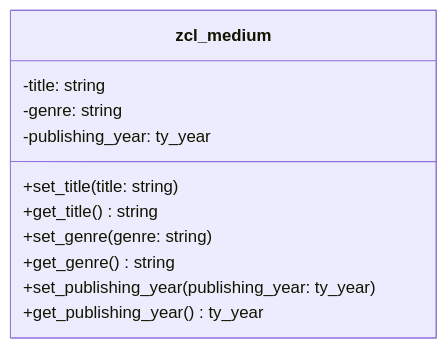
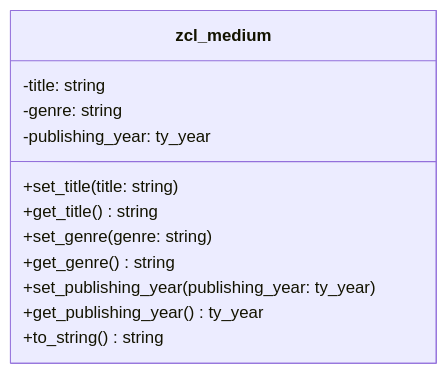
The diagram in docs/exercises/abap-objects/abap-objects-01.md (appenmaier/s4hana), drawn with Mermaid before and after one commit. The commit also changed other lines of this file, not shown here.

````diff
--- a/docs/exercises/abap-objects/abap-objects-01.md
+++ b/docs/exercises/abap-objects/abap-objects-01.md
@@ -10,14 +10,15 @@
 ```mermaid
 classDiagram
    class zcl_medium {
       -title: string
       -genre: string
       -publishing_year: ty_year
       +set_title(title: string)
       +get_title() string
       +set_genre(genre: string)
       +get_genre() string
       +set_publishing_year(publishing_year: ty_year)
       +get_publishing_year() ty_year
+      +to_string() string
    }
 ```
````
